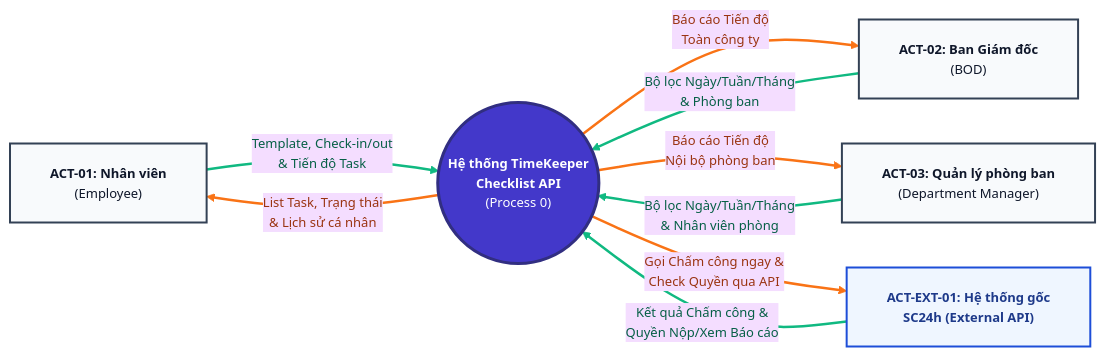
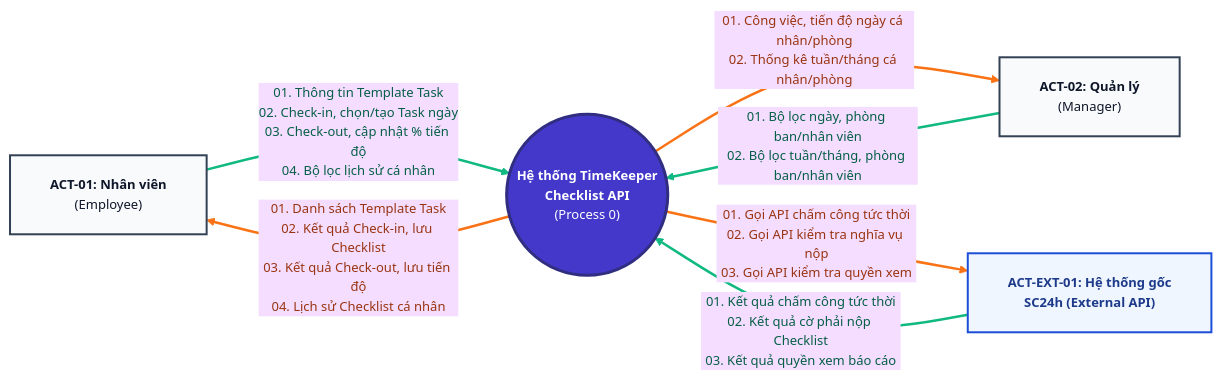
One commit to hungnm3112/project-timekeeper changed the diagram in md/analysis/3-dfd-context-diagram.md. Above: the diagram before and after it, drawn with Mermaid. The commit also changed other lines of this file and 3 other files, not shown here.

````diff
--- a/md/analysis/3-dfd-context-diagram.md
+++ b/md/analysis/3-dfd-context-diagram.md
@@ -38,48 +37,42 @@
 ```mermaid
 %%{init: {
   'theme': 'base',
   'themeVariables': {
     'fontSize': '13px'
   },
   'flowchart': {
-    'nodeSpacing': 45,
-    'rankSpacing': 90,
+    'nodeSpacing': 50,
+    'rankSpacing': 100,
     'padding': 20
   }
 }}%%
 flowchart LR
     ACT01["<b>ACT-01: Nhân viên</b><br/>(Employee)"]
-    ACT02["<b>ACT-02: Ban Giám đốc</b><br/>(BOD)"]
+    ACT02["<b>ACT-02: Quản lý</b><br/>(Manager)"]
 
     SYS(("<b>Hệ thống TimeKeeper<br/>Checklist API</b><br/>(Process 0)"))
 
-    ACT03["<b>ACT-03: Quản lý phòng ban</b><br/>(Department Manager)"]
     EXT01["<b>ACT-EXT-01: Hệ thống gốc<br/>SC24h (External API)</b>"]
 
     %% ACT-01 <-> SYS (Links 0, 1)
-    ACT01 -->|"Template, Check-in/out<br/>& Tiến độ Task"| SYS
-    SYS -->|"List Task, Trạng thái<br/>& Lịch sử cá nhân"| ACT01
+    ACT01 -->|"01. Thông tin Template Task<br/>02. Check-in, chọn/tạo Task ngày<br/>03. Check-out, cập nhật % tiến độ<br/>04. Bộ lọc lịch sử cá nhân"| SYS
+    SYS -->|"01. Danh sách Template Task<br/>02. Kết quả Check-in, lưu Checklist<br/>03. Kết quả Check-out, lưu tiến độ<br/>04. Lịch sử Checklist cá nhân"| ACT01
 
     %% ACT-02 <-> SYS (Links 2, 3)
-    ACT02 -->|"Bộ lọc Ngày/Tuần/Tháng<br/>& Phòng ban"| SYS
-    SYS -->|"Báo cáo Tiến độ<br/>Toàn công ty"| ACT02
+    ACT02 -->|"01. Bộ lọc ngày, phòng ban/nhân viên<br/>02. Bộ lọc tuần/tháng, phòng ban/nhân viên"| SYS
+    SYS -->|"01. Công việc, tiến độ ngày cá nhân/phòng<br/>02. Thống kê tuần/tháng cá nhân/phòng"| ACT02
 
-    %% ACT-03 <-> SYS (Links 4, 5)
-    ACT03 -->|"Bộ lọc Ngày/Tuần/Tháng<br/>& Nhân viên phòng"| SYS
-    SYS -->|"Báo cáo Tiến độ<br/>Nội bộ phòng ban"| ACT03
-
-    %% EXT-01 <-> SYS (Links 6, 7)
-    EXT01 -->|"Kết quả Chấm công &<br/>Quyền Nộp/Xem Báo cáo"| SYS
-    SYS -->|"Gọi Chấm công ngay &<br/>Check Quyền qua API"| EXT01
+    %% EXT-01 <-> SYS (Links 4, 5)
+    EXT01 -->|"01. Kết quả chấm công tức thời<br/>02. Kết quả cờ phải nộp Checklist<br/>03. Kết quả quyền xem báo cáo"| SYS
+    SYS -->|"01. Gọi API chấm công tức thời<br/>02. Gọi API kiểm tra nghĩa vụ nộp<br/>03. Gọi API kiểm tra quyền xem"| EXT01
 
     %% Styling Nodes
     style SYS fill:#4338ca,stroke:#312e81,stroke-width:3px,color:#ffffff
     style ACT01 fill:#f8fafc,stroke:#334155,stroke-width:2px,color:#0f172a
     style ACT02 fill:#f8fafc,stroke:#334155,stroke-width:2px,color:#0f172a
-    style ACT03 fill:#f8fafc,stroke:#334155,stroke-width:2px,color:#0f172a
     style EXT01 fill:#eff6ff,stroke:#1d4ed8,stroke-width:2px,color:#1e3a8a
 
     %% Styling Edges: Green (#10b981) for Input, Orange (#f97316) for Output
-    linkStyle 0,2,4,6 stroke:#10b981,stroke-width:2.5px,color:#065f46
-    linkStyle 1,3,5,7 stroke:#f97316,stroke-width:2.5px,color:#9a3412
+    linkStyle 0,2,4 stroke:#10b981,stroke-width:2.5px,color:#065f46
+    linkStyle 1,3,5 stroke:#f97316,stroke-width:2.5px,color:#9a3412
 ```
````
